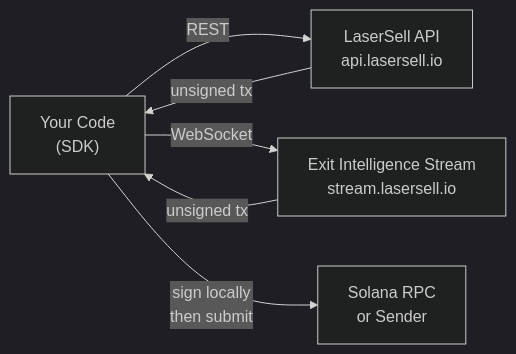
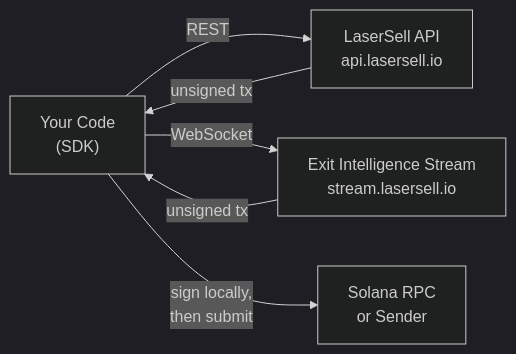
Before and after one commit to lasersell/docs: the diagram in api/overview.mdx, drawn with Mermaid (dark theme). The commit also changed 20 other files, not shown here.

````diff
--- a/api/overview.mdx
+++ b/api/overview.mdx
@@ -28,8 +28,8 @@
 ```mermaid
 flowchart LR
-    A["Your Code\n(SDK)"] -->|REST| B["LaserSell API\napi.lasersell.io"]
-    A -->|WebSocket| C["Exit Intelligence Stream\nstream.lasersell.io"]
+    A["Your Code<br/>(SDK)"] -->|REST| B["LaserSell API<br/>api.lasersell.io"]
+    A -->|WebSocket| C["Exit Intelligence Stream<br/>stream.lasersell.io"]
     B -->|unsigned tx| A
     C -->|unsigned tx| A
-    A -->|sign locally\nthen submit| D["Solana RPC\nor Sender"]
+    A -->|"sign locally,<br/>then submit"| D["Solana RPC<br/>or Sender"]
 ```
````
